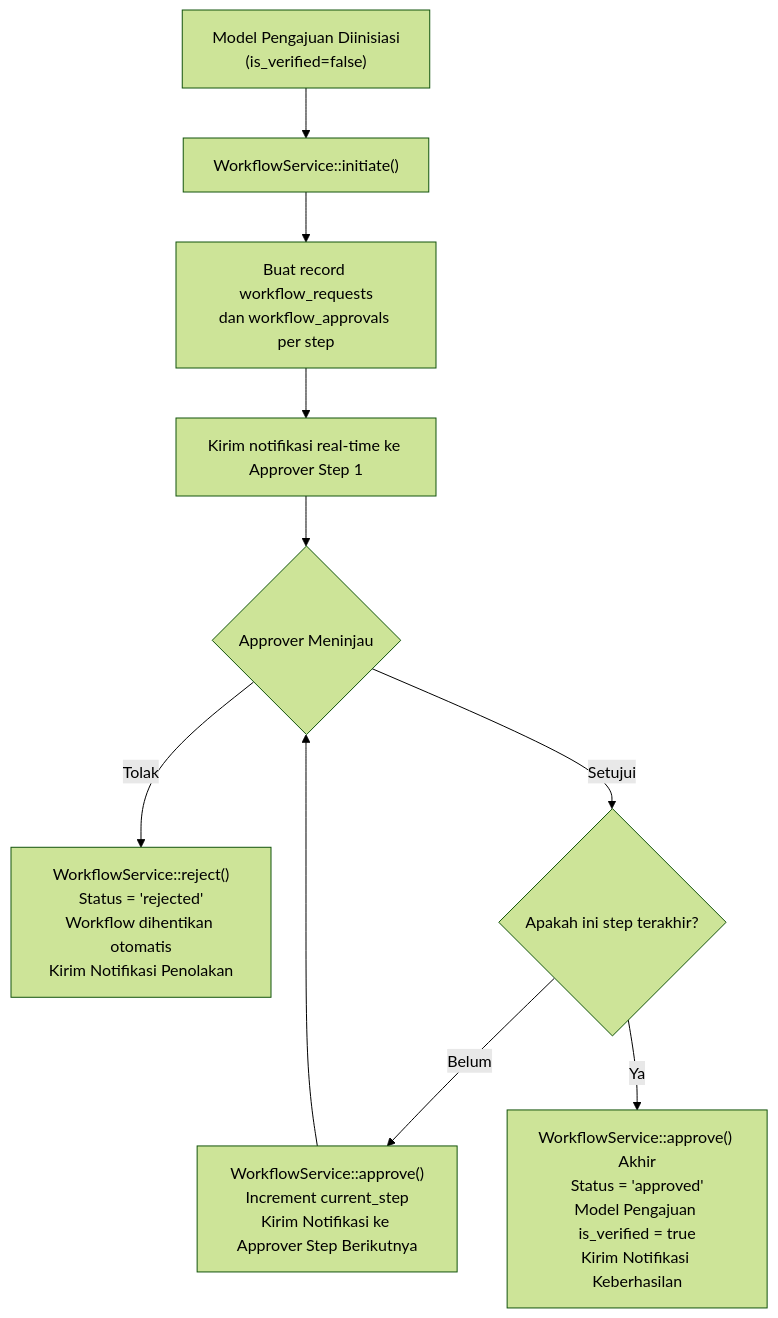
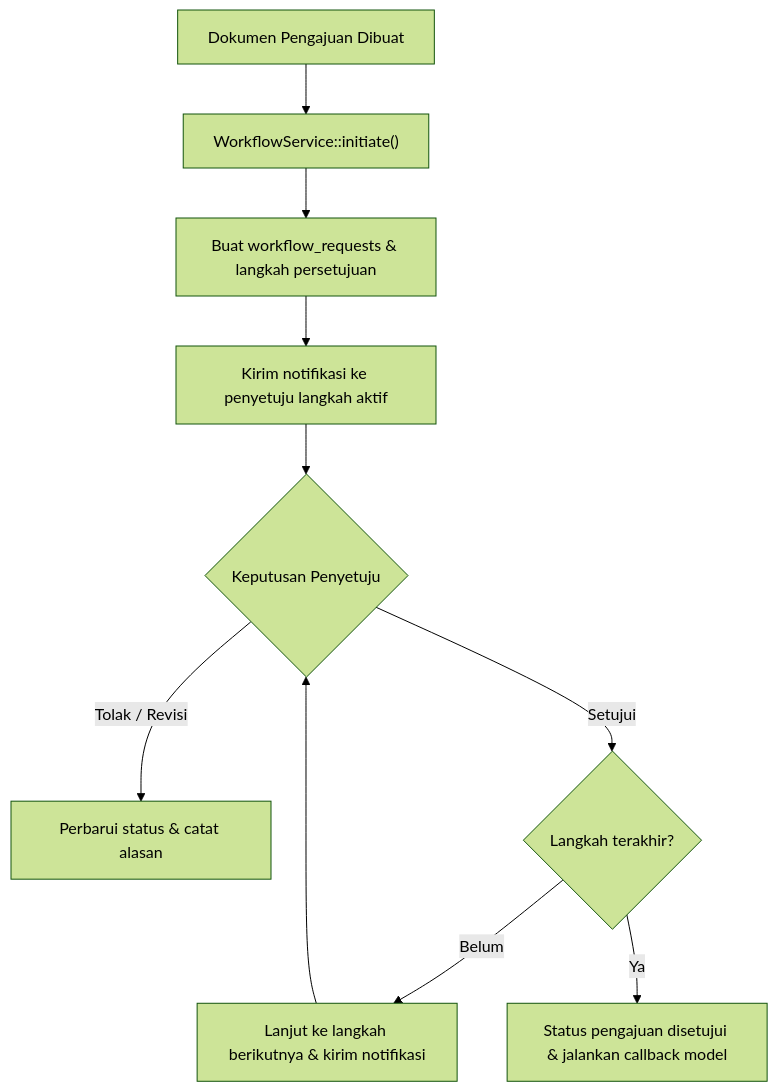
The diagram in docs/ARCHITECTURE.md (Kemalhafizh/sistem-terpadu), drawn with Mermaid (forest theme) before and after one commit. The commit also changed other lines of this file and 168 other files, not shown here.

````diff
--- a/docs/ARCHITECTURE.md
+++ b/docs/ARCHITECTURE.md
@@ -34,15 +44,12 @@
 ```mermaid
 graph TD
-    A["Model Pengajuan Diinisiasi<br/>(is_verified=false)"] --> B["WorkflowService::initiate()"]
-    B --> C["Buat record workflow_requests<br/>dan workflow_approvals per step"]
-    C --> D["Kirim notifikasi real-time ke Approver Step 1"]
-    
-    D --> E{"Approver Meninjau"}
-    E -->|Tolak| F["WorkflowService::reject()<br/>Status = 'rejected'<br/>Workflow dihentikan otomatis<br/>Kirim Notifikasi Penolakan"]
-    E -->|Setujui| G{"Apakah ini step terakhir?"}
-    
-    G -->|Belum| H["WorkflowService::approve()<br/>Increment current_step<br/>Kirim Notifikasi ke Approver Step Berikutnya"]
+    A["Dokumen Pengajuan Dibuat"] --> B["WorkflowService::initiate()"]
+    B --> C["Buat workflow_requests & langkah persetujuan"]
+    C --> D["Kirim notifikasi ke penyetuju langkah aktif"]
+    D --> E{"Keputusan Penyetuju"}
+    E -->|Tolak / Revisi| F["Perbarui status & catat alasan"]
+    E -->|Setujui| G{"Langkah terakhir?"}
+    G -->|Belum| H["Lanjut ke langkah berikutnya & kirim notifikasi"]
     H --> E
-    
-    G -->|Ya| I["WorkflowService::approve() Akhir<br/>Status = 'approved'<br/>Model Pengajuan is_verified = true<br/>Kirim Notifikasi Keberhasilan"]
+    G -->|Ya| I["Status pengajuan disetujui & jalankan callback model"]
 ```
````
